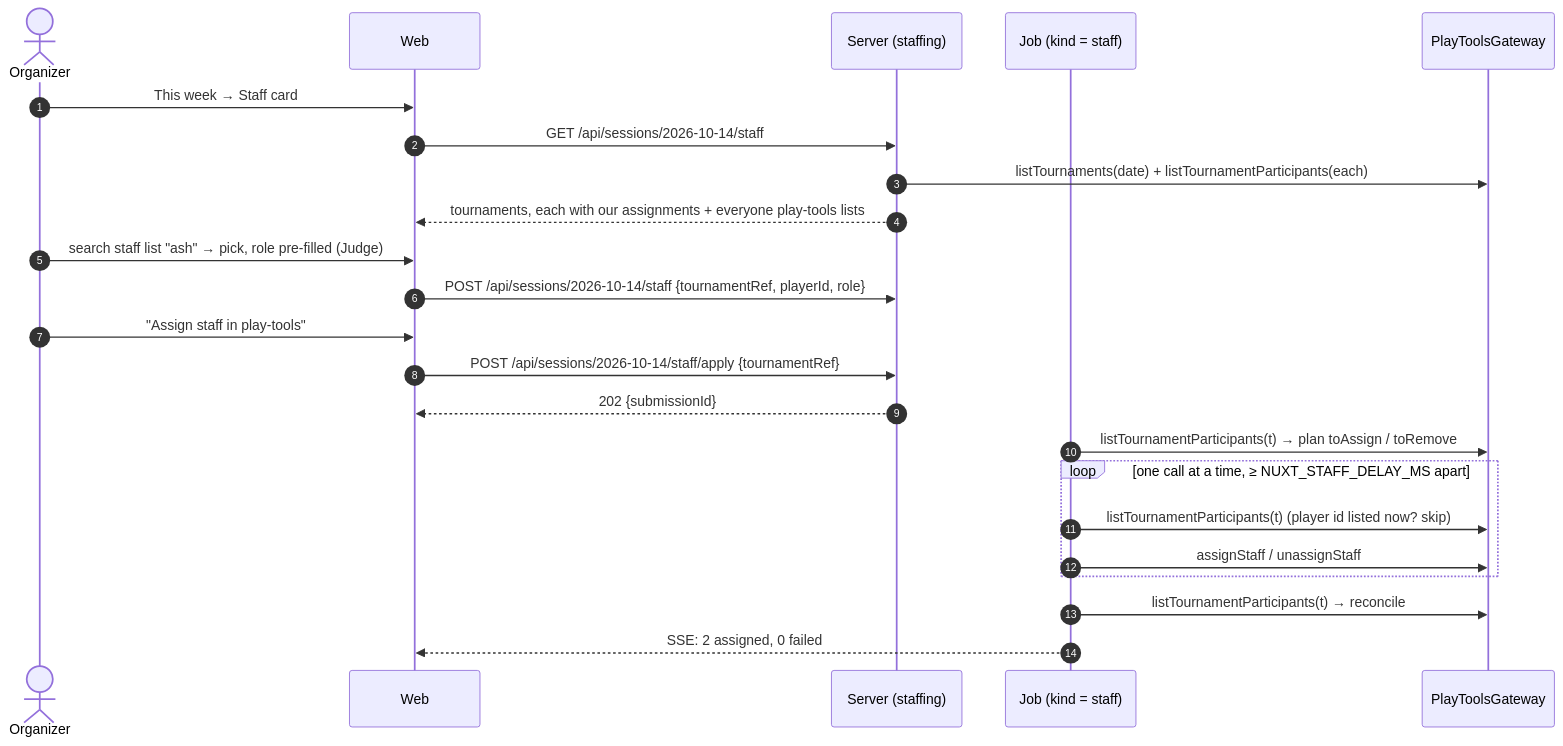
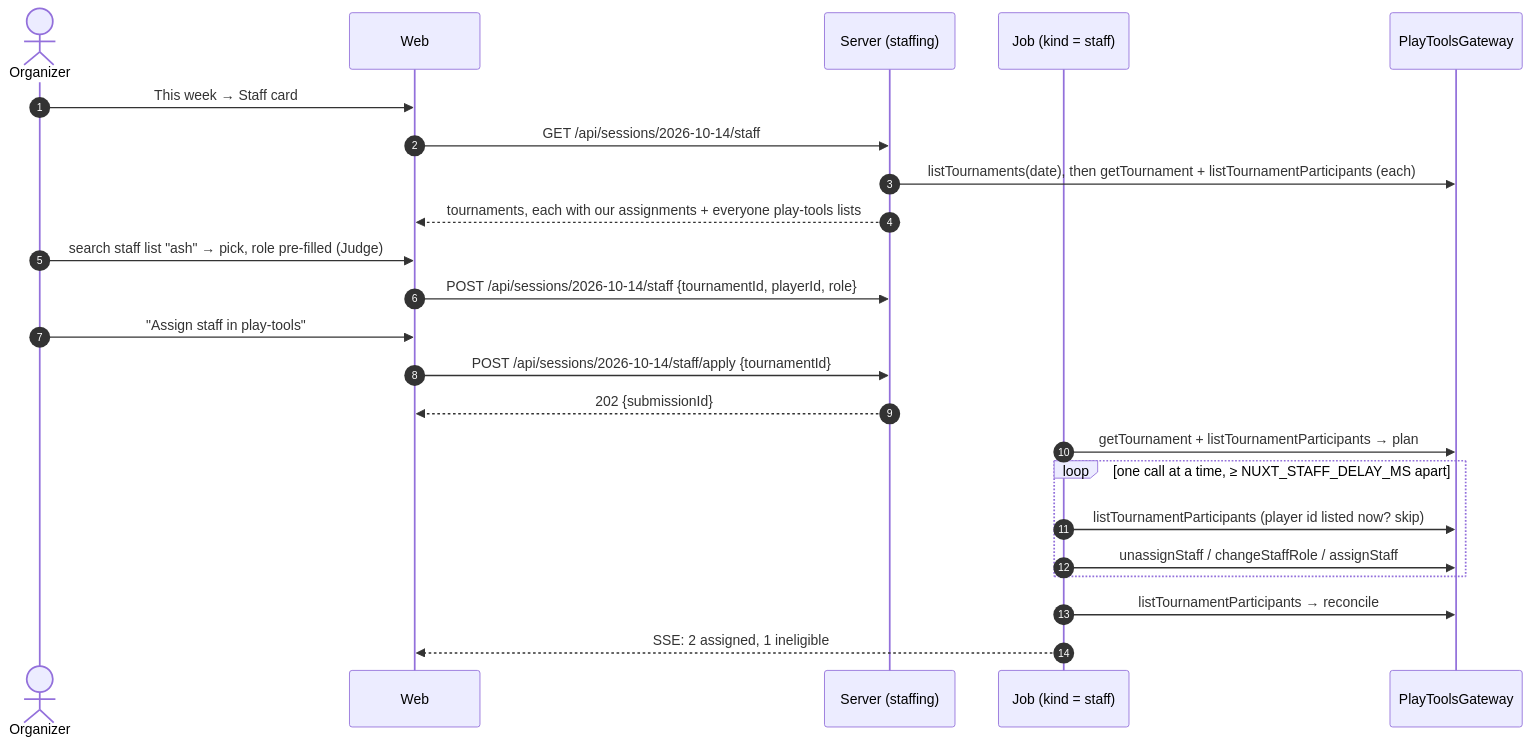
The fifth of 6 diagrams in docs/architecture/README.md (Towerism/play-pokemon-attendance-web), drawn with Mermaid before and after one commit. The commit also changed other lines of this file and 2 other files, not shown here.

First line of the commit message:
docs(architecture): apply spike S6 to ADR-0007; seed the staff list from play-tools

````diff
--- a/docs/architecture/README.md
+++ b/docs/architecture/README.md
@@ -711,26 +760,26 @@
 ```mermaid
 sequenceDiagram
   autonumber
   actor O as Organizer
   participant W as Web
   participant S as Server (staffing)
   participant J as Job (kind = staff)
   participant G as PlayToolsGateway
 
   O->>W: This week → Staff card
   W->>S: GET /api/sessions/2026-10-14/staff
-  S->>G: listTournaments(date) + listTournamentParticipants(each)
+  S->>G: listTournaments(date), then getTournament + listTournamentParticipants (each)
   S-->>W: tournaments, each with our assignments + everyone play-tools lists
   O->>W: search staff list "ash" → pick, role pre-filled (Judge)
-  W->>S: POST /api/sessions/2026-10-14/staff {tournamentRef, playerId, role}
+  W->>S: POST /api/sessions/2026-10-14/staff {tournamentId, playerId, role}
   O->>W: "Assign staff in play-tools"
-  W->>S: POST /api/sessions/2026-10-14/staff/apply {tournamentRef}
+  W->>S: POST /api/sessions/2026-10-14/staff/apply {tournamentId}
   S-->>W: 202 {submissionId}
-  J->>G: listTournamentParticipants(t) → plan toAssign / toRemove
+  J->>G: getTournament + listTournamentParticipants → plan
   loop one call at a time, ≥ NUXT_STAFF_DELAY_MS apart
-    J->>G: listTournamentParticipants(t) (player id listed now? skip)
-    J->>G: assignStaff / unassignStaff
+    J->>G: listTournamentParticipants (player id listed now? skip)
+    J->>G: unassignStaff / changeStaffRole / assignStaff
   end
-  J->>G: listTournamentParticipants(t) → reconcile
-  J-->>W: SSE: 2 assigned, 0 failed
+  J->>G: listTournamentParticipants → reconcile
+  J-->>W: SSE: 2 assigned, 1 ineligible
 ```
````
